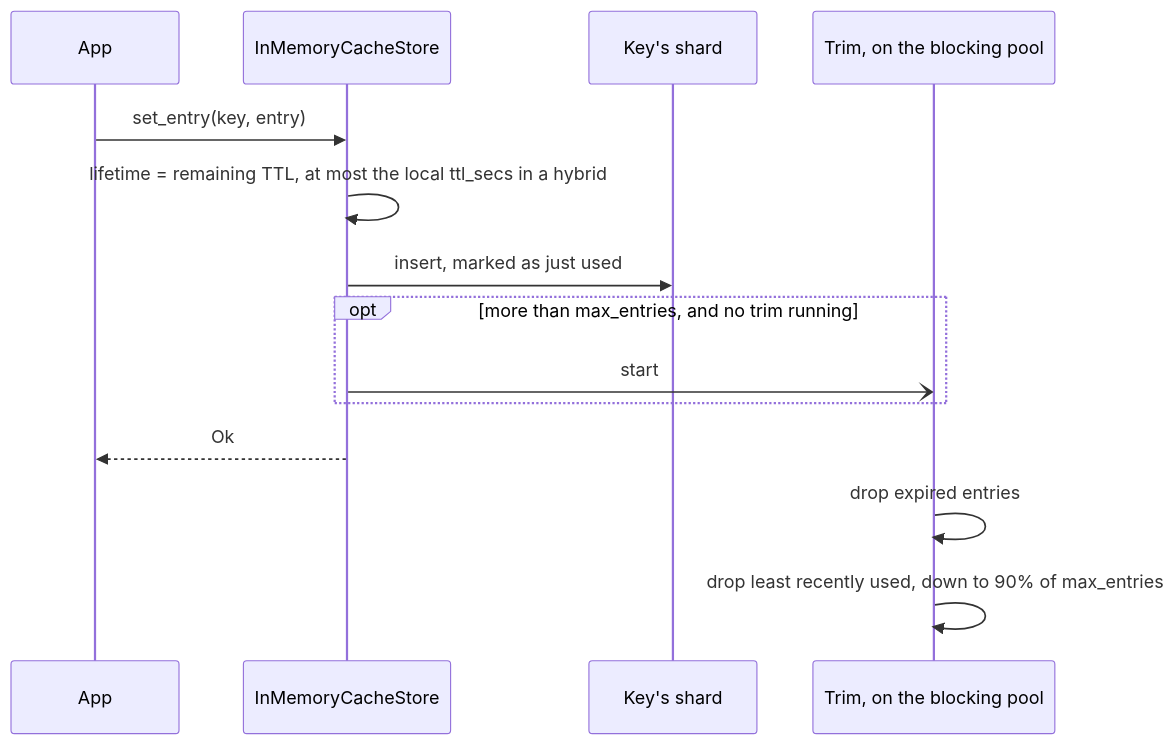
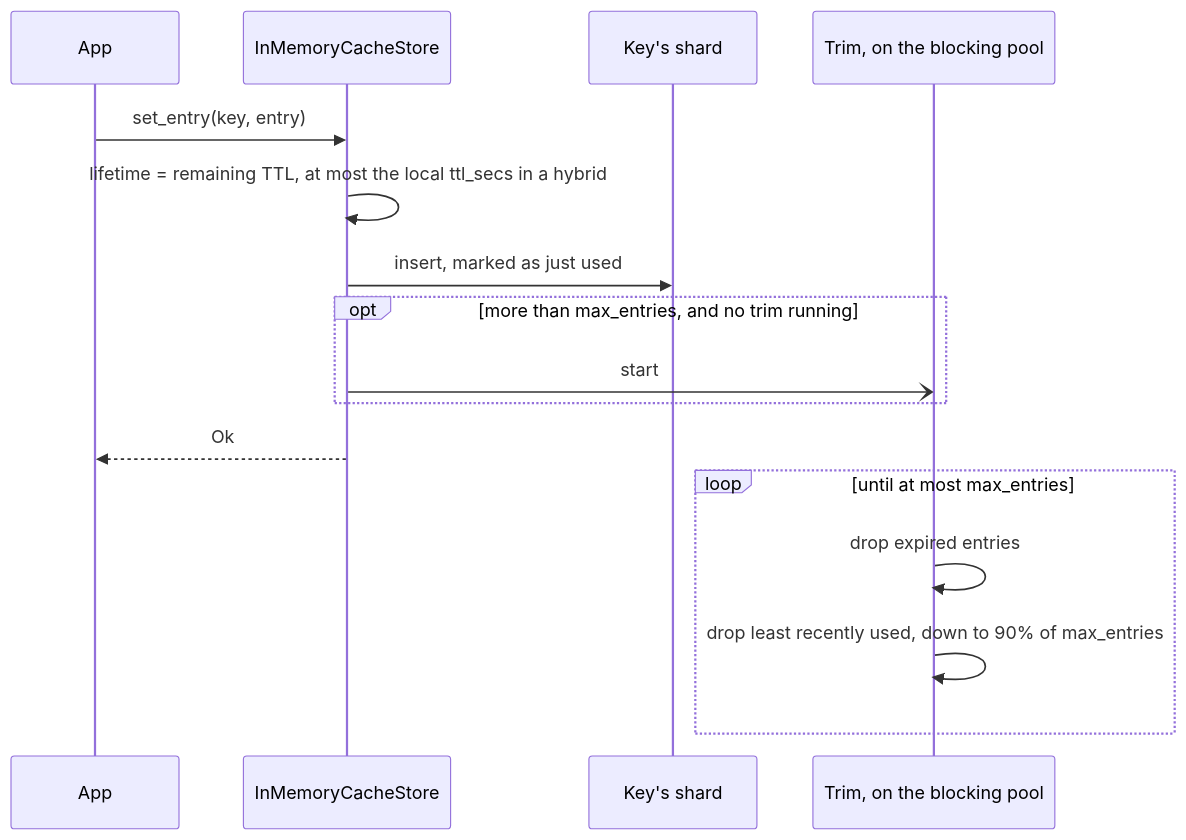
One commit to sisaio/sisa-caching-rs changed the second of 8 diagrams in docs/02-flows.md. Above: the diagram before and after it, drawn with Mermaid. The commit also changed other lines of this file and 3 other files, not shown here.

````diff
--- a/docs/02-flows.md
+++ b/docs/02-flows.md
@@ -63,17 +63,19 @@
 ```mermaid
 sequenceDiagram
     participant App
     participant Store as InMemoryCacheStore
     participant Shard as Key's shard
     participant Trim as Trim, on the blocking pool
 
     App->>Store: set_entry(key, entry)
     Store->>Store: lifetime = remaining TTL, at most the local ttl_secs in a hybrid
     Store->>Shard: insert, marked as just used
     opt more than max_entries, and no trim running
         Store-)Trim: start
     end
     Store-->>App: Ok
-    Trim->>Trim: drop expired entries
-    Trim->>Trim: drop least recently used, down to 90% of max_entries
+    loop until at most max_entries
+        Trim->>Trim: drop expired entries
+        Trim->>Trim: drop least recently used, down to 90% of max_entries
+    end
 ```
````
